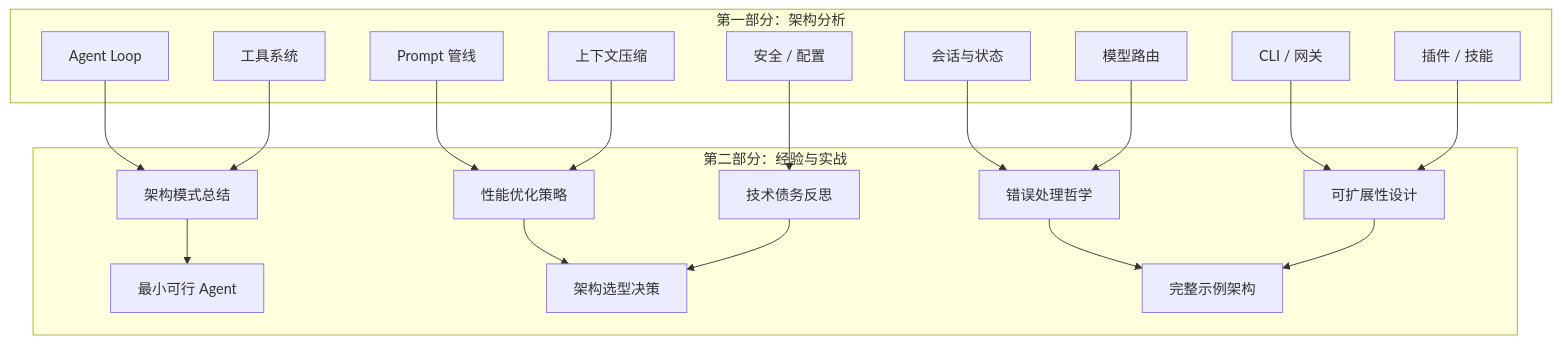
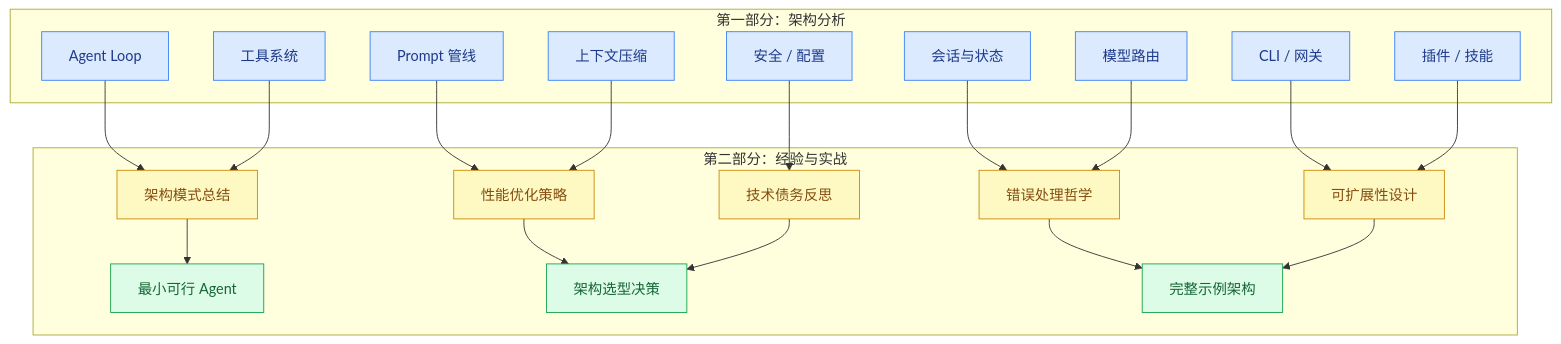
Before and after one commit to pty819/hermes-docs: the second of 2 diagrams in chapters/part2/index.rst, drawn with Mermaid. The commit also changed other lines of this file and 27 other files, not shown here.

```diff
--- a/chapters/part2/index.rst
+++ b/chapters/part2/index.rst
@@ -130,38 +140,48 @@
 .. mermaid::
+   :name: part1-to-part2-mapping
+   :caption: 第一部分与第二部分的对应关系
 
-   graph TB
-       subgraph "第一部分：架构分析"
+   flowchart TB
+       classDef start fill:#dbeafe,stroke:#3b82f6,color:#1e3a8a
+       classDef success fill:#dcfce7,stroke:#16a34a,color:#166534
+       classDef warn fill:#fef9c3,stroke:#ca8a04,color:#854d0e
+
+       subgraph P1["第一部分：架构分析"]
            A1["Agent Loop"]
            A2["工具系统"]
            A3["Prompt 管线"]
            A4["上下文压缩"]
            A5["会话与状态"]
            A6["CLI / 网关"]
            A7["插件 / 技能"]
            A8["模型路由"]
            A9["安全 / 配置"]
        end
-       subgraph "第二部分：经验与实战"
+       subgraph P2["第二部分：经验与实战"]
            B1["架构模式总结"]
            B2["性能优化策略"]
            B3["错误处理哲学"]
            B4["可扩展性设计"]
            B5["技术债务反思"]
            B6["最小可行 Agent"]
            B7["架构选型决策"]
            B8["完整示例架构"]
        end
        A1 --> B1
        A2 --> B1
        A3 --> B2
        A4 --> B2
        A5 --> B3
        A6 --> B4
        A7 --> B4
        A8 --> B3
        A9 --> B5
        B1 --> B6
        B2 --> B7
        B3 --> B8
        B4 --> B8
        B5 --> B7
+
+       class A1,A2,A3,A4,A5,A6,A7,A8,A9 start
+       class B6,B7,B8 success
+       class B1,B2,B3,B4,B5 warn
```
